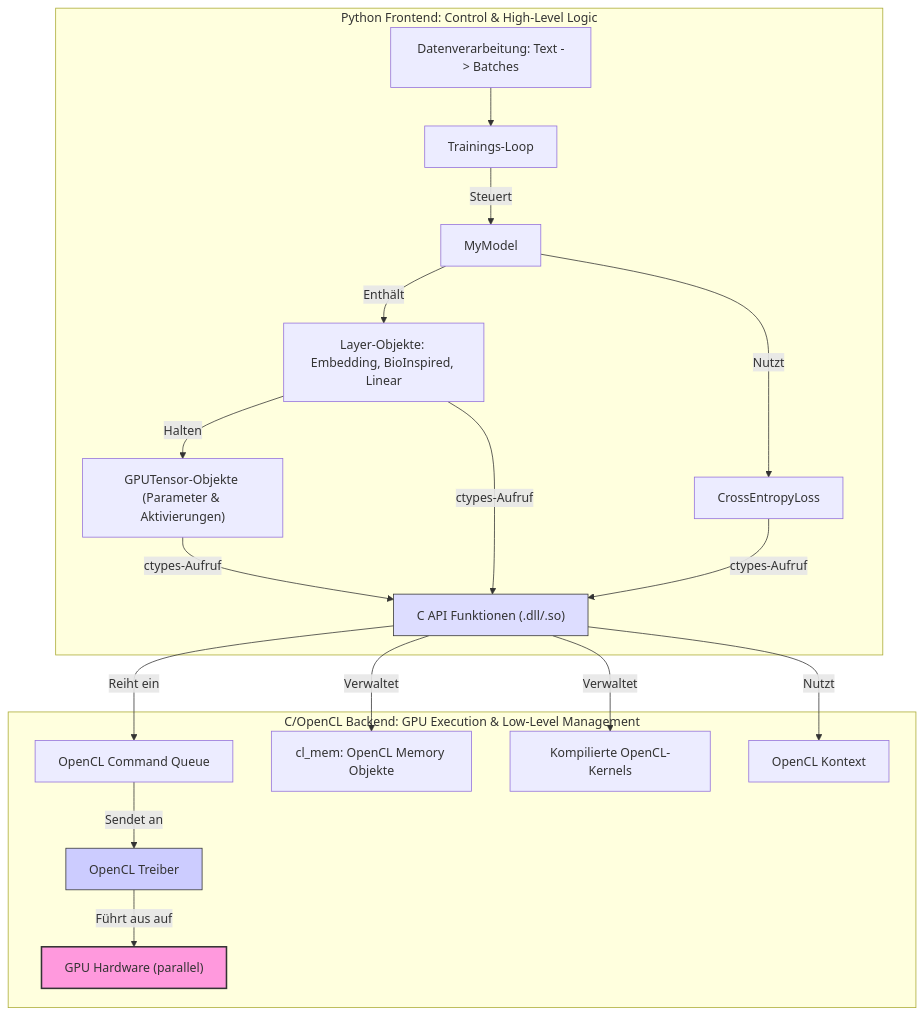
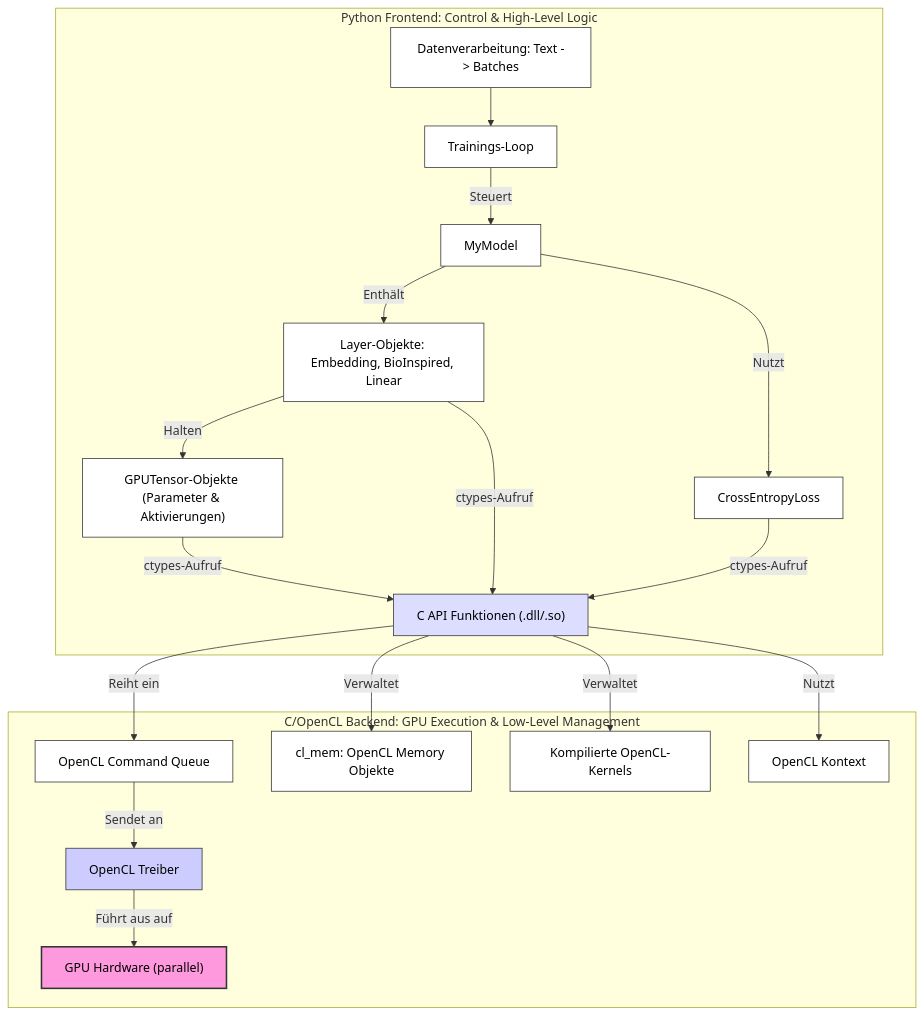
Before and after one commit to CipherCorePro/DeepCL: the first of 2 diagrams in README.md, drawn with Mermaid. The commit also changed other lines of this file, not shown here.

````diff
--- a/README.md
+++ b/README.md
@@ -106,27 +106,40 @@
 ```mermaid
 graph TD
     subgraph "Python Frontend: Control & High-Level Logic"
         P_Data["Datenverarbeitung: Text -> Batches"] --> P_TrainLoop["Trainings-Loop"]
         P_TrainLoop -- "Steuert" --> P_Model["MyModel"]
         P_Model -- "Enthält" --> P_Layers["Layer-Objekte: Embedding, BioInspired, Linear"]
         P_Model -- "Nutzt" --> P_Loss["CrossEntropyLoss"]
         P_Layers -- "Halten" --> P_GPU_T["GPUTensor-Objekte (Parameter & Aktivierungen)"]
         P_GPU_T -- "ctypes-Aufruf" --> C_API["C API Funktionen (.dll/.so)"]
         P_Layers -- "ctypes-Aufruf" --> C_API
         P_Loss -- "ctypes-Aufruf" --> C_API
     end
 
     subgraph "C/OpenCL Backend: GPU Execution & Low-Level Management"
         C_API -- "Reiht ein" --> C_Queue["OpenCL Command Queue"]
         C_Queue -- "Sendet an" --> C_Driver["OpenCL Treiber"]
         C_Driver -- "Führt aus auf" --> GPU["GPU Hardware (parallel)"]
         C_API -- "Verwaltet" --> C_Mem["cl_mem: OpenCL Memory Objekte"]
         C_API -- "Verwaltet" --> C_Kernels["Kompilierte OpenCL-Kernels"]
         C_API -- "Nutzt" --> C_Context["OpenCL Kontext"]
     end
 
-    style GPU fill:#f9d,stroke:#333,stroke-width:2px
-    style C_Driver fill:#ccf,stroke:#333,stroke-width:1px
-    style C_API fill:#ddf,stroke:#333,stroke-width:1px
+    %% Explizites Styling für alle Knoten mit schwarzer Schrift
+    style P_Data fill:#fff,stroke:#333,color:#000
+    style P_TrainLoop fill:#fff,stroke:#333,color:#000
+    style P_Model fill:#fff,stroke:#333,color:#000
+    style P_Layers fill:#fff,stroke:#333,color:#000
+    style P_Loss fill:#fff,stroke:#333,color:#000
+    style P_GPU_T fill:#fff,stroke:#333,color:#000
+    style C_Queue fill:#fff,stroke:#333,color:#000
+    style C_Mem fill:#fff,stroke:#333,color:#000
+    style C_Kernels fill:#fff,stroke:#333,color:#000
+    style C_Context fill:#fff,stroke:#333,color:#000
+
+    %% Beibehalten/Anpassen der spezifischen Farben und Hinzufügen von color:#000
+    style GPU fill:#f9d,stroke:#333,stroke-width:2px,color:#000
+    style C_Driver fill:#ccf,stroke:#333,stroke-width:1px,color:#000
+    style C_API fill:#ddf,stroke:#333,stroke-width:1px,color:#000
 
 ```
````
